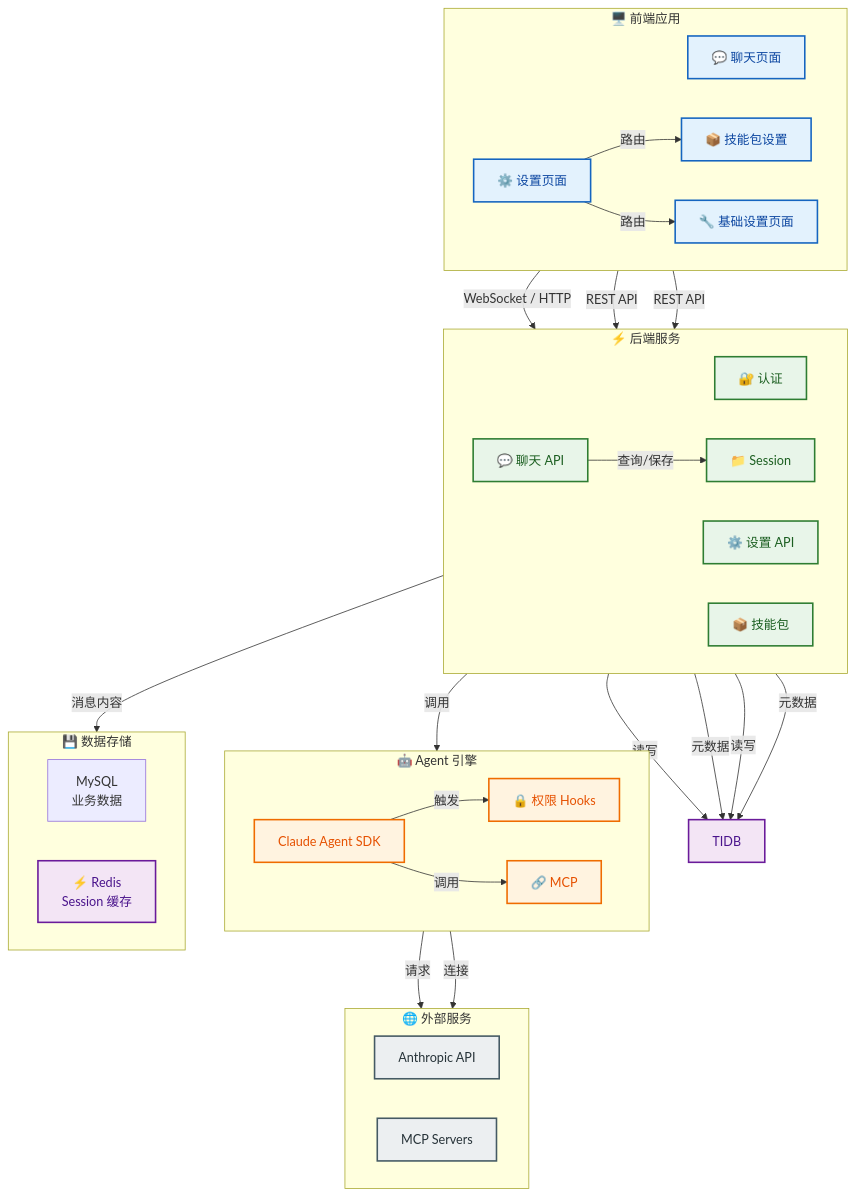
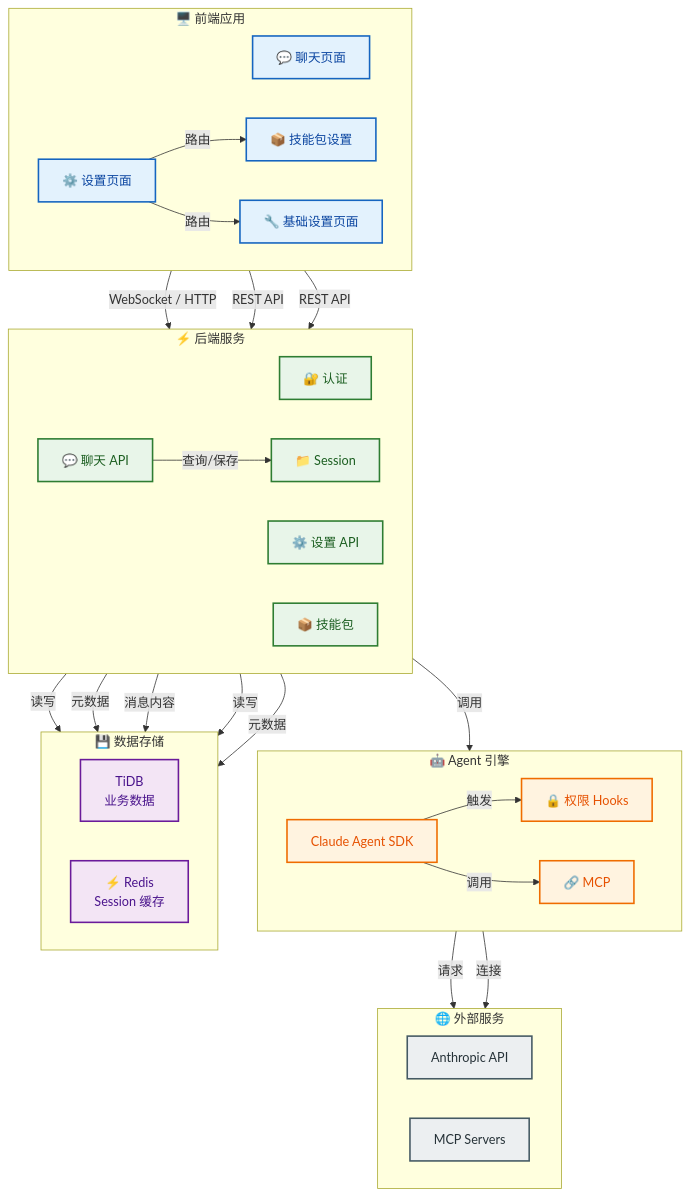
One commit to xiaocaipi/mm-doc changed the second of 27 diagrams in agent/agent_project_design_1.md. Above: the diagram before and after it, drawn with Mermaid. The commit also changed other lines of this file, not shown here.

````diff
--- a/agent/agent_project_design_1.md
+++ b/agent/agent_project_design_1.md
@@ -174,79 +174,79 @@
 ```mermaid
 flowchart TB
     %% ========== 样式定义 ==========
     classDef frontend fill:#e3f2fd,stroke:#1565c0,stroke-width:2px,color:#0d47a1
     classDef backend fill:#e8f5e9,stroke:#2e7d32,stroke-width:2px,color:#1b5e20
     classDef agent fill:#fff3e0,stroke:#ef6c00,stroke-width:2px,color:#e65100
     classDef storage fill:#f3e5f5,stroke:#6a1b9a,stroke-width:2px,color:#4a148c
     classDef external fill:#eceff1,stroke:#455a64,stroke-width:2px,color:#263238
 
     %% ========== 前端应用层 ==========
     subgraph FRONTEND["🖥️ 前端应用"]
         direction LR
         CHAT["💬 聊天页面"]
         SETTINGS["⚙️ 设置页面"]
         SKILL_SETTINGS["📦 技能包设置"]
         BASE_SETTINGS["🔧 基础设置页面"]
     end
 
     %% ========== 后端服务层 ==========
     subgraph BACKEND["⚡ 后端服务"]
         direction LR
         AUTH["🔐 认证"]
         CHAT_API["💬 聊天 API"]
         SESSION["📁 Session"]
         SETTINGS_API["⚙️ 设置 API"]
         SKILLS["📦 技能包"]
     end
 
     %% ========== Agent 引擎层 ==========
     subgraph AGENT_ENGINE["🤖 Agent 引擎"]
         direction LR
         SDK["Claude Agent SDK"]
         HOOKS["🔒 权限 Hooks"]
         MCP["🔗 MCP"]
     end
 
     %% ========== 数据存储层 ==========
     subgraph STORAGE["💾 数据存储"]
         direction LR
-        MYSQL["MySQL<br/>业务数据"]
+        TIDB["TiDB<br/>业务数据"]
         REDIS["⚡ Redis<br/>Session 缓存"]
     end
 
     %% ========== 外部服务 ==========
     subgraph EXTERNAL["🌐 外部服务"]
         direction LR
         ANTHROPIC["Anthropic API"]
         MCP_SERVERS["MCP Servers"]
     end
 
     %% ========== 前端 → 后端 数据流 ==========
     CHAT -->|"WebSocket / HTTP"| CHAT_API
     SETTINGS -->|"路由"| SKILL_SETTINGS
     SETTINGS -->|"路由"| BASE_SETTINGS
     SKILL_SETTINGS -->|"REST API"| SKILLS
     BASE_SETTINGS -->|"REST API"| SETTINGS_API
 
     %% ========== 后端内部 数据流 ==========
     CHAT_API -->|"查询/保存"| SESSION
     CHAT_API -->|"调用"| SDK
     AUTH -->|"读写"| TIDB
     SESSION -->|"元数据"| TIDB
     SESSION -->|"消息内容"| REDIS
     SETTINGS_API -->|"读写"| TIDB
     SKILLS -->|"元数据"| TIDB
 
     %% ========== Agent 引擎 数据流 ==========
     SDK -->|"触发"| HOOKS
     SDK -->|"调用"| MCP
     SDK -->|"请求"| ANTHROPIC
     MCP -->|"连接"| MCP_SERVERS
 
     %% ========== 样式绑定 ==========
     class CHAT,SETTINGS,SKILL_SETTINGS,BASE_SETTINGS frontend
     class AUTH,CHAT_API,SESSION,SETTINGS_API,SKILLS backend
     class SDK,HOOKS,MCP agent
     class TIDB,REDIS storage
     class ANTHROPIC,MCP_SERVERS external
 ```
````
